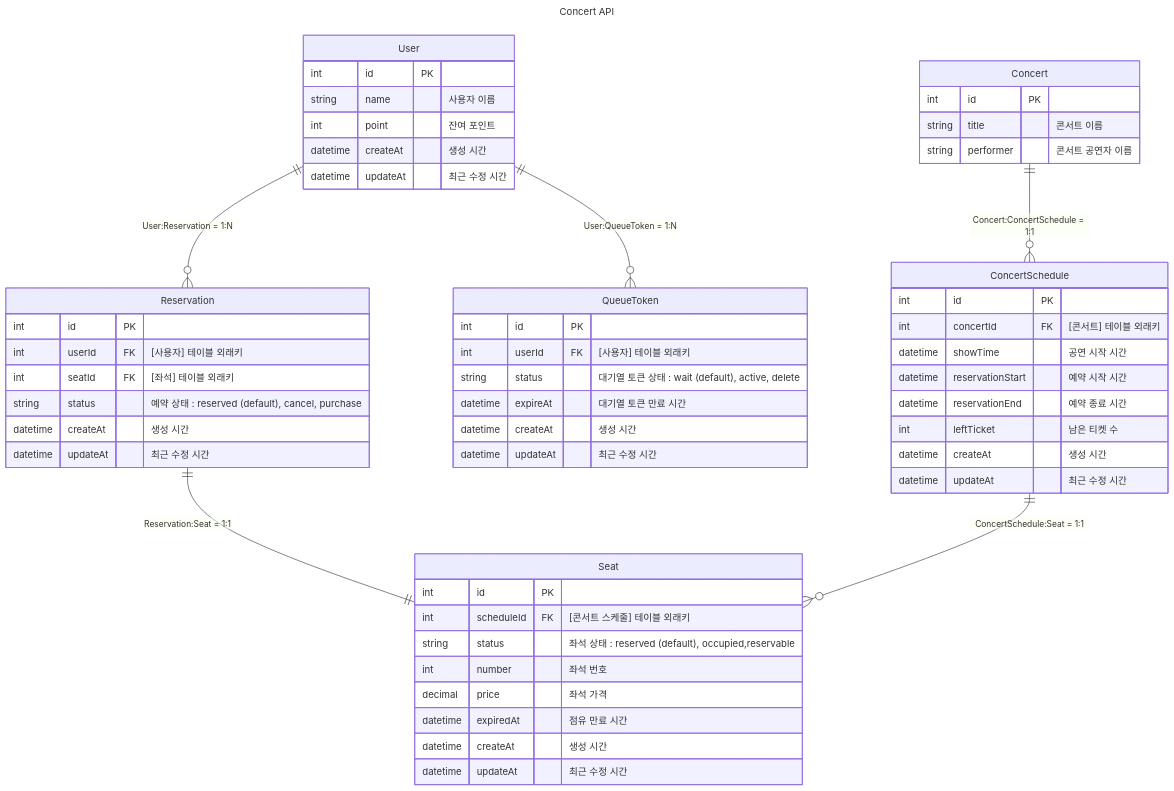
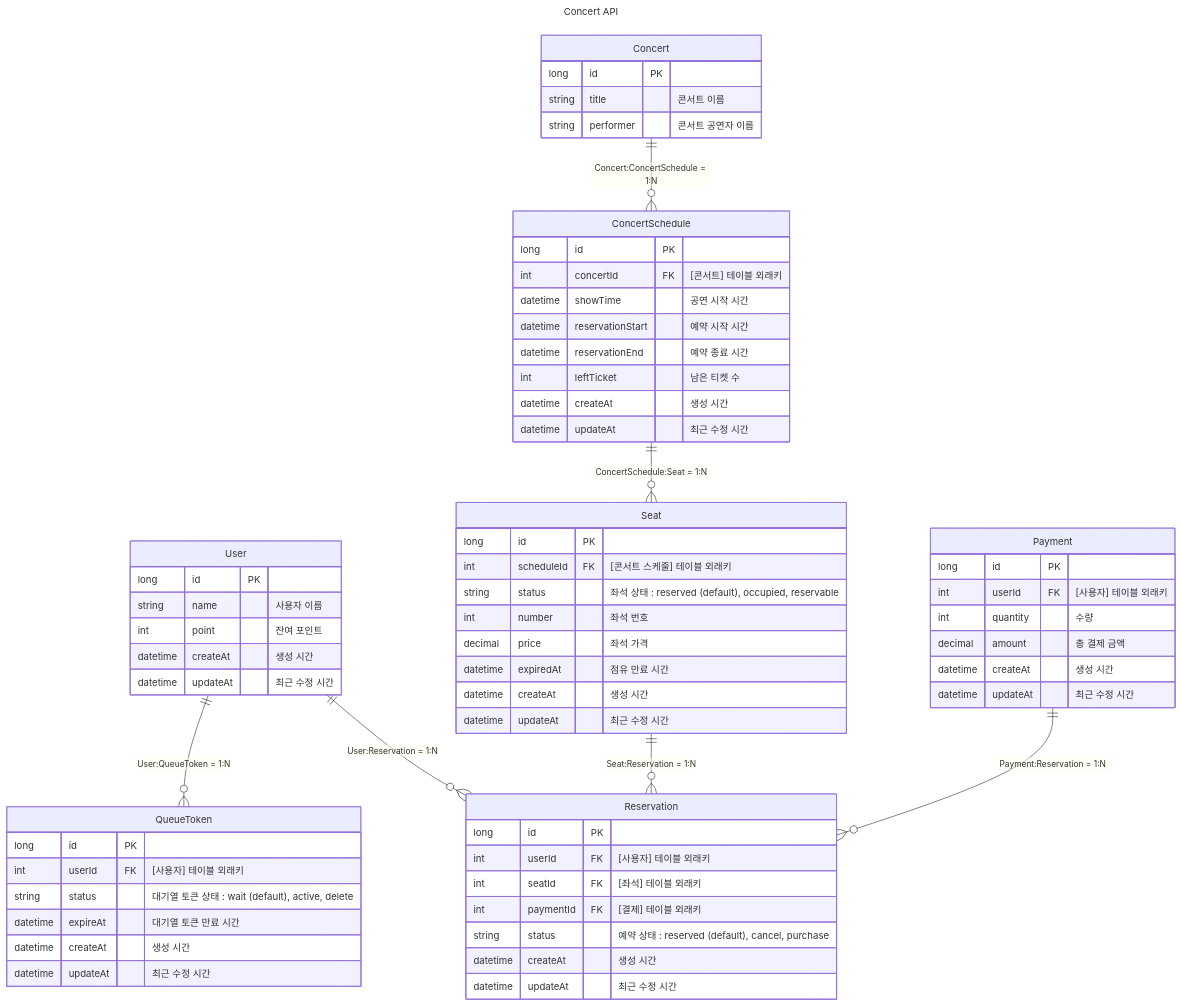
One commit to GustavEiffels/hhplus_server_build changed the diagram in design/erd/ERDiagram.md. Above: the diagram before and after it, drawn with Mermaid. The commit also changed 10 other files, not shown here.

Commit message:
[fix] payment 테이블 구조 추가로 인한 수정

````diff
--- a/design/erd/ERDiagram.md
+++ b/design/erd/ERDiagram.md
@@ -1,64 +1,72 @@
 ```mermaid
 ---
 title: Concert API
 ---
 erDiagram
     User {
-        int id PK           
-        string name         "사용자 이름 "
+        long id PK           
+        string name         "사용자 이름"
         int point           "잔여 포인트"
         datetime createAt   "생성 시간"
         datetime updateAt   "최근 수정 시간"
     }
     Seat {
-        int id PK
-        int scheduleId    FK    "[콘서트 스케줄] 테이블  외래키" 
-        string status           "좌석 상태 : reserved (default), occupied,reservable"
+        long id PK
+        int scheduleId    FK    "[콘서트 스케줄] 테이블 외래키" 
+        string status           "좌석 상태 : reserved (default), occupied, reservable"
         int number              "좌석 번호"
         decimal price           "좌석 가격"
         datetime expiredAt      "점유 만료 시간"
         datetime createAt       "생성 시간"
         datetime updateAt       "최근 수정 시간"
     }
     Reservation {
-        int id PK               
+        long id PK               
         int userId FK           "[사용자] 테이블 외래키"           
         int seatId FK           "[좌석] 테이블 외래키"
+        int paymentId FK        "[결제] 테이블 외래키"
         string status           "예약 상태 : reserved (default), cancel, purchase"
         datetime createAt       "생성 시간"
         datetime updateAt       "최근 수정 시간"
     }
     QueueToken {
-        int id PK               
+        long id PK               
         int userId FK       "[사용자] 테이블 외래키" 
         string status       "대기열 토큰 상태 : wait (default), active, delete"
         datetime expireAt   "대기열 토큰 만료 시간"
         datetime createAt   "생성 시간"
         datetime updateAt   "최근 수정 시간"
     }
+    Payment {
+        long id PK
+        int userId FK       "[사용자] 테이블 외래키"
+        int quantity        "수량"
+        decimal amount      "총 결제 금액"
+        datetime createAt   "생성 시간"
+        datetime updateAt   "최근 수정 시간"
+    }
 
     Concert {
-        int id PK   
+        long id PK   
         string title        "콘서트 이름"
         string performer    "콘서트 공연자 이름"
     }
 
     ConcertSchedule {
-        int id PK
+        long id PK
         int concertId FK            "[콘서트] 테이블 외래키"
         datetime showTime           "공연 시작 시간"
         datetime reservationStart   "예약 시작 시간"
         datetime reservationEnd     "예약 종료 시간"
         int leftTicket              "남은 티켓 수"
         datetime createAt           "생성 시간"
         datetime updateAt           "최근 수정 시간"
-
     }
 
     User ||--o{ Reservation : "User:Reservation = 1:N"
     User ||--o{ QueueToken  : "User:QueueToken = 1:N"
-    Reservation ||--|| Seat : "Reservation:Seat = 1:1"
-    Concert ||--o{ ConcertSchedule : "Concert:ConcertSchedule = 1:1"
-    ConcertSchedule ||--o{ Seat : "ConcertSchedule:Seat = 1:1"
-        
+    Seat ||--o{ Reservation : "Seat:Reservation = 1:N"
+    Payment ||--o{ Reservation : "Payment:Reservation = 1:N"
+    Concert ||--o{ ConcertSchedule : "Concert:ConcertSchedule = 1:N"
+    ConcertSchedule ||--o{ Seat : "ConcertSchedule:Seat = 1:N"
 ```
````
